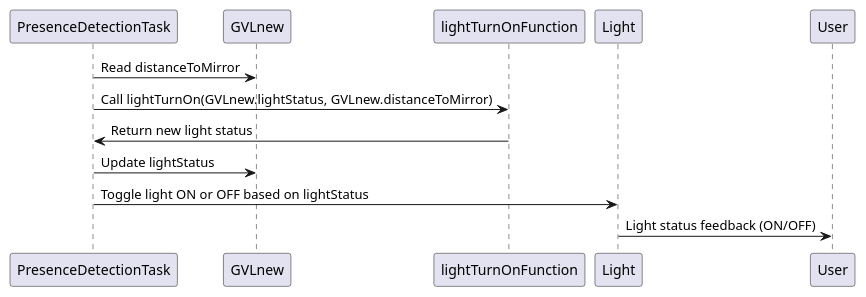
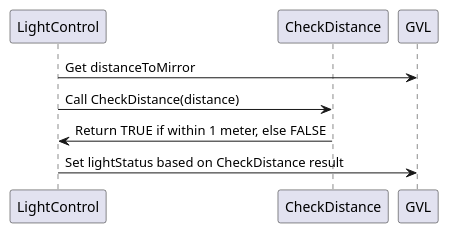
Before and after one commit to xinhailing/Individual_Sequence_Diagram_Yaya: the diagram in src/chapter_4.md, drawn with PlantUML. The commit also changed other lines of this file and 5 other files, not shown here.

Commit message:
Create sequence diagram for calling the function of Check Distance

````diff
--- a/src/chapter_4.md
+++ b/src/chapter_4.md
@@ -2,17 +2,15 @@
 ```plantuml
 @startuml
-participant PresenceDetectionTask
-participant GVLnew
-participant lightTurnOnFunction
-participant Light
+participant LightControl
+participant CheckDistance
+participant GVL
 
-PresenceDetectionTask -> GVLnew: Read distanceToMirror
-PresenceDetectionTask -> lightTurnOnFunction: Call lightTurnOn(GVLnew.lightStatus, GVLnew.distanceToMirror)
-lightTurnOnFunction -> PresenceDetectionTask: Return new light status
+LightControl -> GVL: Get distanceToMirror
+LightControl -> CheckDistance: Call CheckDistance(distance)
+CheckDistance -> LightControl: Return TRUE if within 1 meter, else FALSE
 
-PresenceDetectionTask -> GVLnew: Update lightStatus
-PresenceDetectionTask -> Light: Toggle light ON or OFF based on lightStatus
-Light -> User: Light status feedback (ON/OFF)
+LightControl -> GVL: Set lightStatus based on CheckDistance result
 @enduml
 
+
 ```
````
